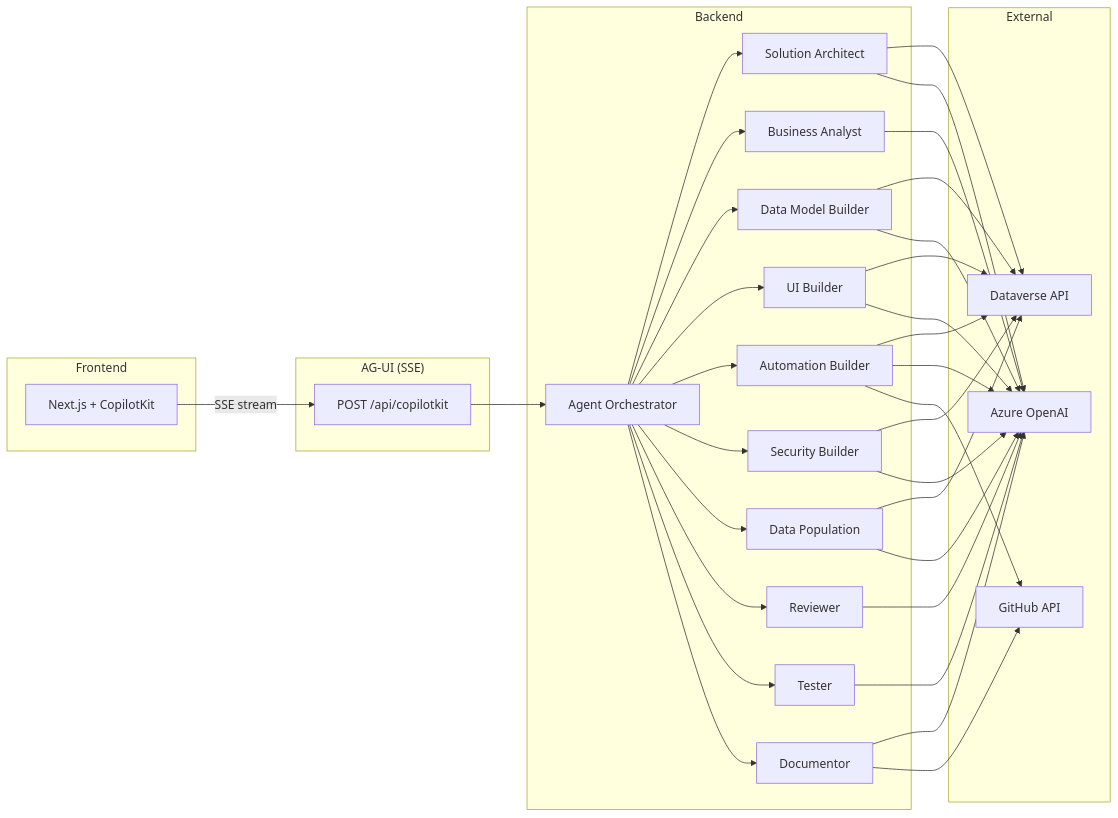
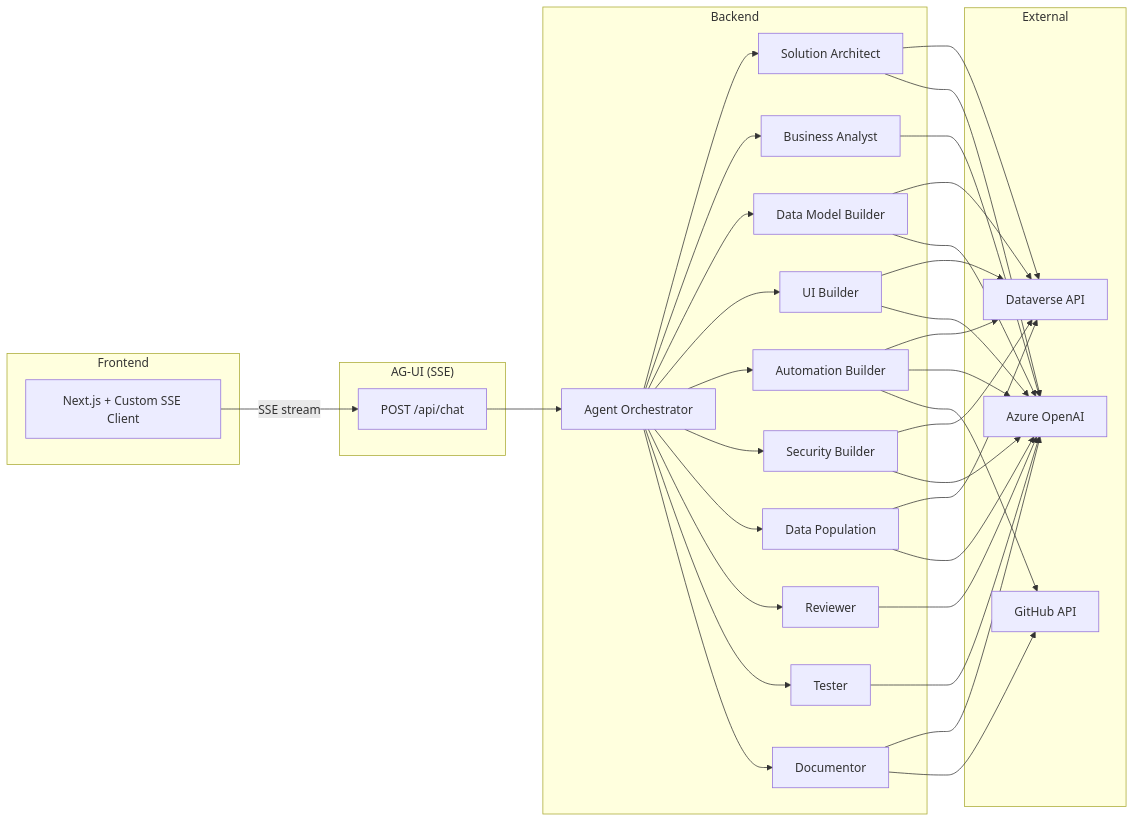
Before and after one commit to allandecastro/dataverse-ai-forge: the diagram in README.md, drawn with Mermaid. The commit also changed other lines of this file and 29 other files, not shown here.

First line of the commit message:
refactor: replace CopilotKit with custom SSE client

````diff
--- a/README.md
+++ b/README.md
@@ -5,37 +5,37 @@
 ```mermaid
 graph LR
     subgraph Frontend
-        UI[Next.js + CopilotKit]
+        UI[Next.js + Custom SSE Client]
     end
 
     subgraph "AG-UI (SSE)"
-        SSE[POST /api/copilotkit]
+        SSE[POST /api/chat]
     end
 
     subgraph Backend
         Orch[Agent Orchestrator]
         SA[Solution Architect]
         BA[Business Analyst]
         DMB[Data Model Builder]
         UIB[UI Builder]
         AB[Automation Builder]
         SB[Security Builder]
         DP[Data Population]
         Rev[Reviewer]
         Test[Tester]
         Doc[Documentor]
     end
 
     subgraph External
         AOI[Azure OpenAI]
         DV[Dataverse API]
         GH[GitHub API]
     end
 
     UI -- SSE stream --> SSE
     SSE --> Orch
     Orch --> SA & BA & DMB & UIB & AB & SB & DP & Rev & Test & Doc
     SA & DMB & UIB & AB & SB & DP --> DV
     SA & DMB & UIB & AB & SB & DP & BA & Rev & Test & Doc --> AOI
     AB & Doc --> GH
 ```
````
